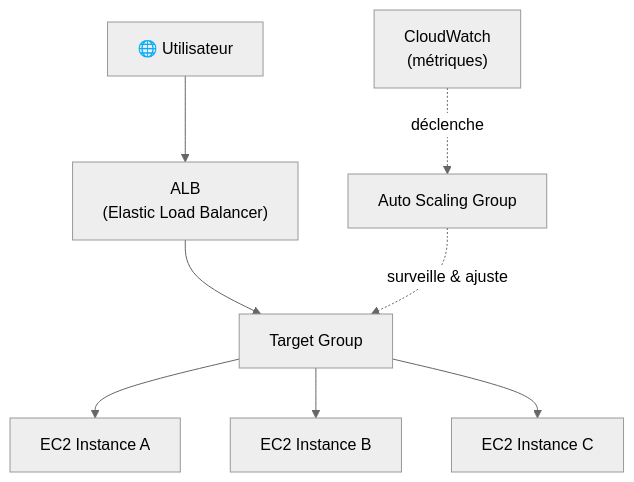
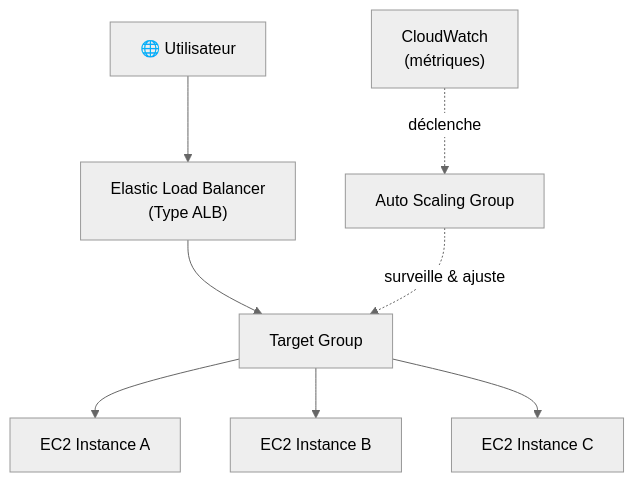
Before and after one commit to Gooseppr/GevOps_LC: the diagram in courses/cloud-aws/aws_module_09_load_balancing.md, drawn with Mermaid (neutral theme). The commit also changed other lines of this file, not shown here.

Commit message:
Auto commit & push depuis script pipeline

````diff
--- a/courses/cloud-aws/aws_module_09_load_balancing.md
+++ b/courses/cloud-aws/aws_module_09_load_balancing.md
@@ -50,10 +50,10 @@
 ```mermaid
 graph TD
-    User["🌐 Utilisateur"] --> ALB["ALB\n(Elastic Load Balancer)"]
+    User["🌐 Utilisateur"] --> ALB["Elastic Load Balancer\n(Type ALB)"]
     ALB --> TG["Target Group"]
     TG --> EC2A["EC2 Instance A"]
     TG --> EC2B["EC2 Instance B"]
     TG --> EC2C["EC2 Instance C"]
     ASG["Auto Scaling Group"] -.->|"surveille & ajuste"| TG
     CW["CloudWatch\n(métriques)"] -.->|"déclenche"| ASG
 ```
````
